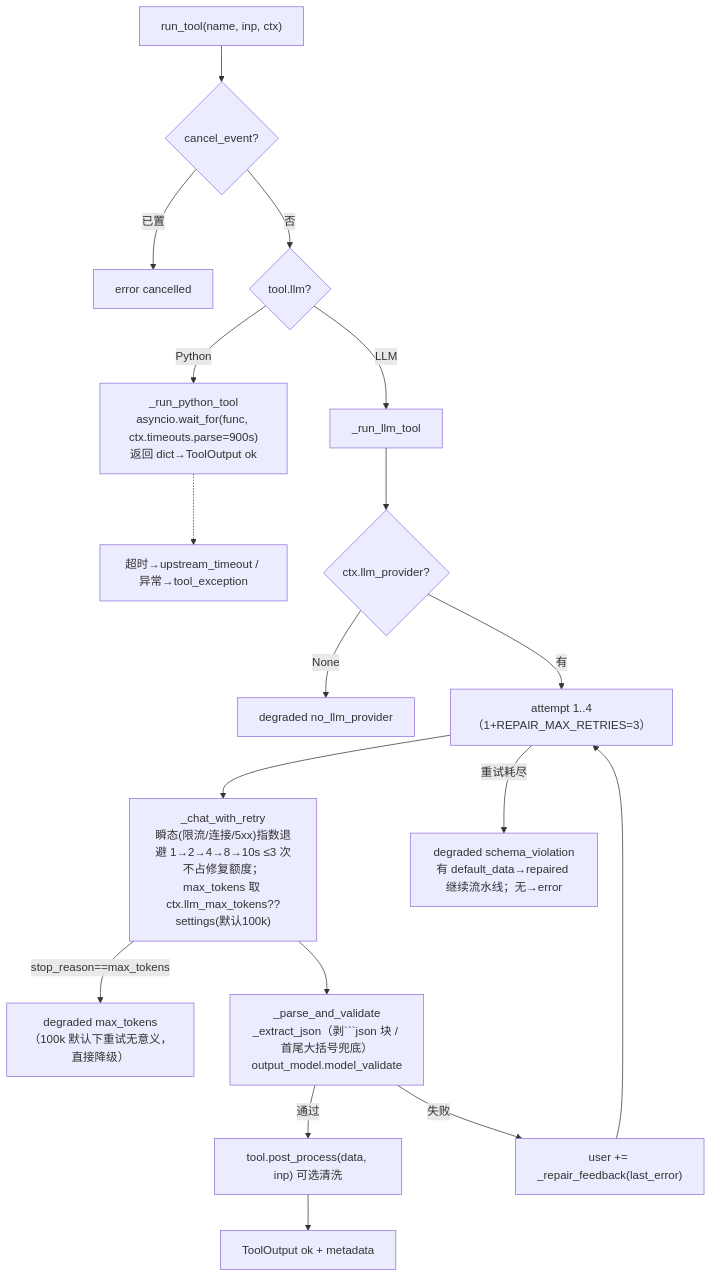
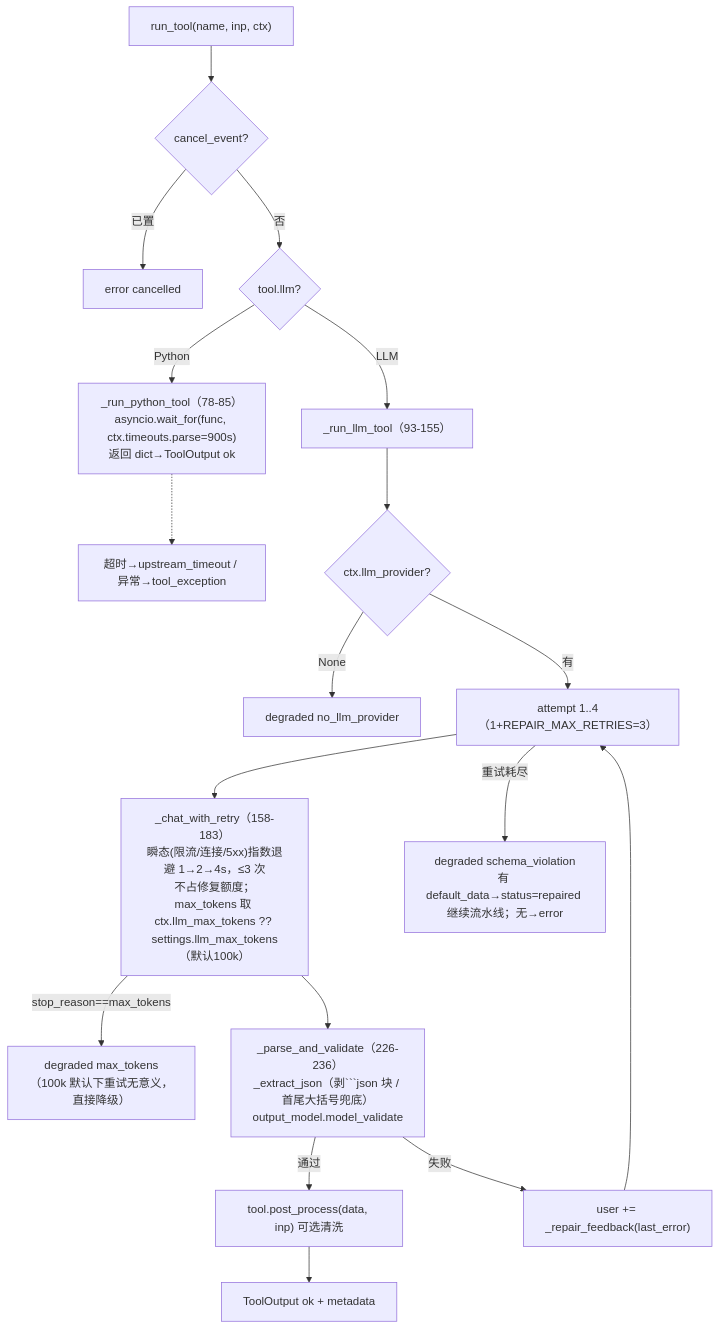
One commit to hershate/Deep-tutor changed the third of 4 diagrams in note/03-生成流水线.md. Above: the diagram before and after it, drawn with Mermaid. The commit also changed other lines of this file and 5 other files, not shown here.

````diff
--- a/note/03-生成流水线.md
+++ b/note/03-生成流水线.md
@@ -134,18 +158,18 @@
 ```mermaid
 flowchart TD
     RT["run_tool(name, inp, ctx)"] --> CHK{cancel_event?}
     CHK -->|已置| ERR1[error cancelled]
     CHK -->|否| K{tool.llm?}
-    K -->|Python| PY["_run_python_tool<br/>asyncio.wait_for(func, ctx.timeouts.parse=900s)<br/>返回 dict→ToolOutput ok"]
-    K -->|LLM| LL["_run_llm_tool"]
+    K -->|Python| PY["_run_python_tool（78-85）<br/>asyncio.wait_for(func, ctx.timeouts.parse=900s)<br/>返回 dict→ToolOutput ok"]
+    K -->|LLM| LL["_run_llm_tool（93-155）"]
     PY -.-> UP[超时→upstream_timeout / 异常→tool_exception]
     LL --> NOV{ctx.llm_provider?}
     NOV -->|None| DEG1[degraded no_llm_provider]
     NOV -->|有| LOOP1["attempt 1..4（1+REPAIR_MAX_RETRIES=3）"]
-    LOOP1 --> CR["_chat_with_retry<br/>瞬态(限流/连接/5xx)指数退避 1→2→4→8→10s ≤3 次<br/>不占修复额度；max_tokens 取 ctx.llm_max_tokens??settings(默认100k)"]
+    LOOP1 --> CR["_chat_with_retry（158-183）<br/>瞬态(限流/连接/5xx)指数退避 1→2→4s，≤3 次<br/>不占修复额度；max_tokens 取 ctx.llm_max_tokens ?? settings.llm_max_tokens（默认100k）"]
     CR -->|stop_reason==max_tokens| DEG2["degraded max_tokens（100k 默认下重试无意义，直接降级）"]
-    CR --> PV["_parse_and_validate<br/>_extract_json（剥```json 块 / 首尾大括号兜底）<br/>output_model.model_validate"]
+    CR --> PV["_parse_and_validate（226-236）<br/>_extract_json（剥```json 块 / 首尾大括号兜底）<br/>output_model.model_validate"]
     PV -->|通过| PP["tool.post_process(data, inp) 可选清洗"] --> OK[ToolOutput ok + metadata]
     PV -->|失败| FB["user += _repair_feedback(last_error)"] --> LOOP1
-    LOOP1 -->|重试耗尽| DEG3["degraded schema_violation<br/>有 default_data→repaired 继续流水线；无→error"]
+    LOOP1 -->|重试耗尽| DEG3["degraded schema_violation<br/>有 default_data→status=repaired 继续流水线；无→error"]
 ```
````
